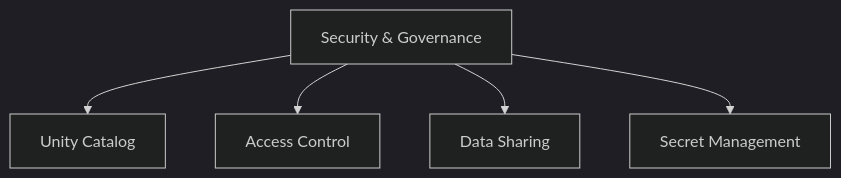
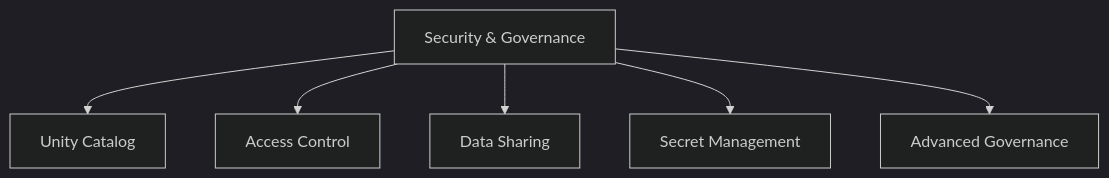
One commit to kengio/databricks-certification-study-guide changed the first of 4 diagrams in certifications/data-engineer-professional/04-security-governance/README.md. Above: the diagram before and after it, drawn with Mermaid (dark theme). The commit also changed other lines of this file and 29 other files, not shown here.

````diff
--- a/certifications/data-engineer-professional/04-security-governance/README.md
+++ b/certifications/data-engineer-professional/04-security-governance/README.md
@@ -18,7 +18,8 @@
 ```mermaid
 flowchart TD
     SG[Security & Governance] --> UC[Unity Catalog]
     SG --> AC[Access Control]
     SG --> DS[Data Sharing]
     SG --> SM[Secret Management]
+    SG --> AG[Advanced Governance]
 ```
````
